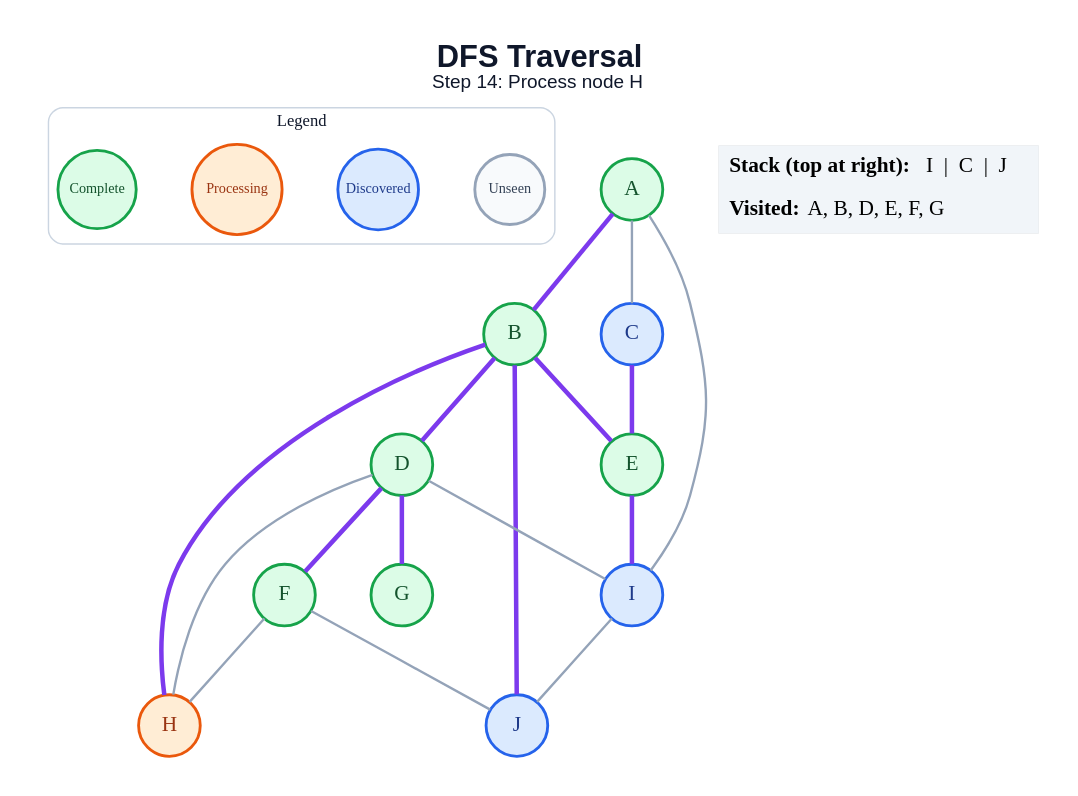
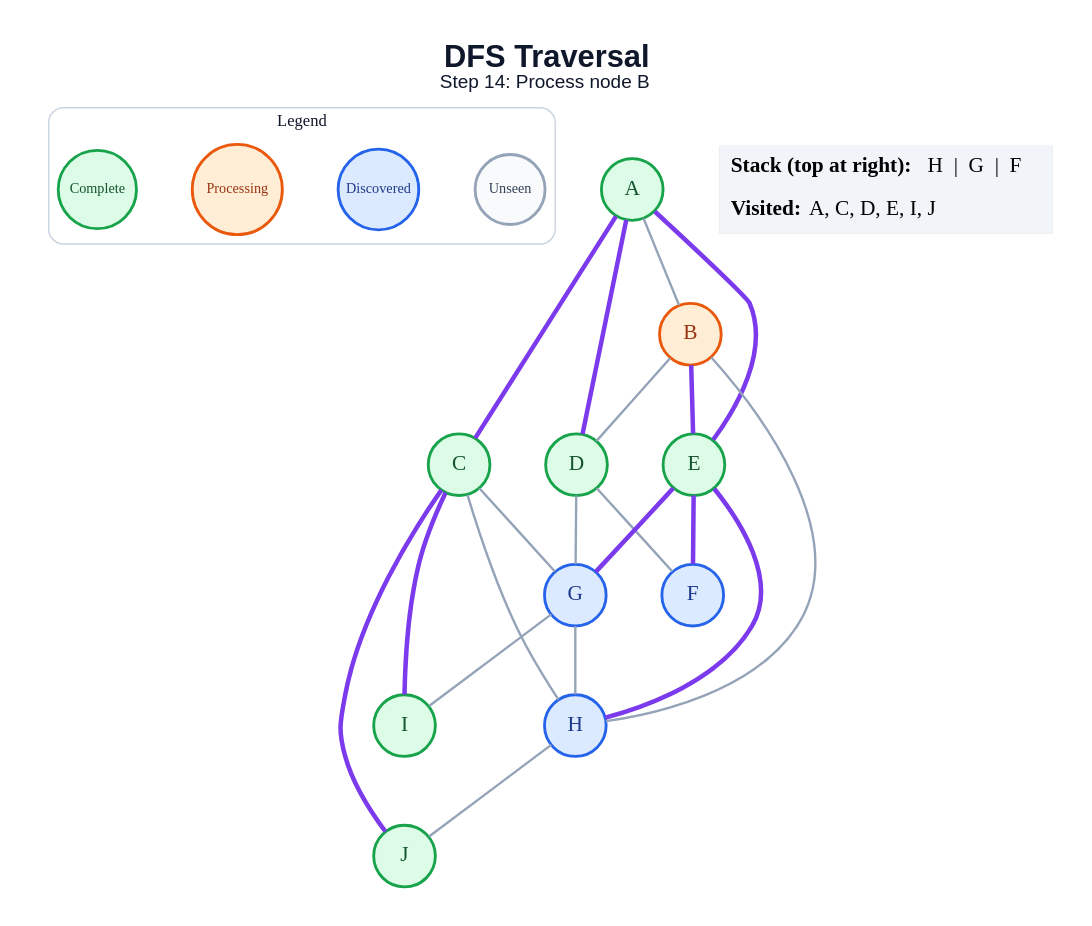
Before and after one commit to amanghodawala9/ai-slop: the diagram in generated/specific-node/dfs/step_14.dot, drawn with Graphviz. The commit also changed 178 other files, not shown here.

```diff
--- a/generated/specific-node/dfs/step_14.dot
+++ b/generated/specific-node/dfs/step_14.dot
@@ -1,45 +1,48 @@
 graph traversal {
   graph [layout=dot, rankdir=TB, bgcolor="#FFFFFF", pad="0.35", nodesep="0.65", ranksep="0.8", fontname="Arial"];
   node [shape=circle, style="filled", fontname="Arial Bold", fontsize=18, width=0.72, fixedsize=true, penwidth=2.4];
   edge [color="#94A3B8", penwidth=2.0];
-  label=<<B>DFS Traversal</B><BR/><FONT POINT-SIZE="16">Step 14: Process node H</FONT>>; labelloc="t"; fontsize=26; fontname="Arial"; fontcolor="#0F172A";
+  label=<<B>DFS Traversal</B><BR/><FONT POINT-SIZE="16">Step 14: Process node B</FONT>>; labelloc="t"; fontsize=26; fontname="Arial"; fontcolor="#0F172A";
   subgraph cluster_legend { label="Legend"; color="#CBD5E1"; penwidth=1.2; style="rounded"; fontsize=14; fontname="Arial Bold";
     key_unseen [label="Unseen", fillcolor="#F8FAFC", color="#94A3B8", fontcolor="#334155", fontsize=12, width=0.82];
     key_frontier [label="Discovered", fillcolor="#DBEAFE", color="#2563EB", fontcolor="#1E3A8A", fontsize=12, width=0.95];
     key_current [label="Processing", fillcolor="#FFEDD5", color="#EA580C", fontcolor="#9A3412", fontsize=12, width=1.05];
     key_done [label="Complete", fillcolor="#DCFCE7", color="#16A34A", fontcolor="#14532D", fontsize=12, width=0.92];
     { rank=same; key_unseen; key_frontier; key_current; key_done; }
   }
   A [fillcolor="#DCFCE7", color="#16A34A", fontcolor="#14532D"];
-  B [fillcolor="#DCFCE7", color="#16A34A", fontcolor="#14532D"];
-  C [fillcolor="#DBEAFE", color="#2563EB", fontcolor="#1E3A8A"];
+  B [fillcolor="#FFEDD5", color="#EA580C", fontcolor="#9A3412"];
+  C [fillcolor="#DCFCE7", color="#16A34A", fontcolor="#14532D"];
   D [fillcolor="#DCFCE7", color="#16A34A", fontcolor="#14532D"];
   E [fillcolor="#DCFCE7", color="#16A34A", fontcolor="#14532D"];
-  F [fillcolor="#DCFCE7", color="#16A34A", fontcolor="#14532D"];
-  G [fillcolor="#DCFCE7", color="#16A34A", fontcolor="#14532D"];
-  H [fillcolor="#FFEDD5", color="#EA580C", fontcolor="#9A3412"];
-  I [fillcolor="#DBEAFE", color="#2563EB", fontcolor="#1E3A8A"];
-  J [fillcolor="#DBEAFE", color="#2563EB", fontcolor="#1E3A8A"];
-  A -- B [color="#7C3AED", penwidth=3.8];
-  A -- C;
-  A -- I;
-  B -- D [color="#7C3AED", penwidth=3.8];
+  F [fillcolor="#DBEAFE", color="#2563EB", fontcolor="#1E3A8A"];
+  G [fillcolor="#DBEAFE", color="#2563EB", fontcolor="#1E3A8A"];
+  H [fillcolor="#DBEAFE", color="#2563EB", fontcolor="#1E3A8A"];
+  I [fillcolor="#DCFCE7", color="#16A34A", fontcolor="#14532D"];
+  J [fillcolor="#DCFCE7", color="#16A34A", fontcolor="#14532D"];
+  A -- B;
+  A -- C [color="#7C3AED", penwidth=3.8];
+  A -- D [color="#7C3AED", penwidth=3.8];
+  A -- E [color="#7C3AED", penwidth=3.8];
+  B -- D;
   B -- E [color="#7C3AED", penwidth=3.8];
-  B -- H [color="#7C3AED", penwidth=3.8];
-  B -- J [color="#7C3AED", penwidth=3.8];
-  C -- E [color="#7C3AED", penwidth=3.8];
-  D -- F [color="#7C3AED", penwidth=3.8];
-  D -- G [color="#7C3AED", penwidth=3.8];
-  D -- H;
-  D -- I;
-  E -- I [color="#7C3AED", penwidth=3.8];
-  F -- H;
-  F -- J;
-  I -- J;
+  B -- H;
+  C -- G;
+  C -- H;
+  C -- I [color="#7C3AED", penwidth=3.8];
+  C -- J [color="#7C3AED", penwidth=3.8];
+  D -- F;
+  D -- G;
+  E -- F [color="#7C3AED", penwidth=3.8];
+  E -- G [color="#7C3AED", penwidth=3.8];
+  E -- H [color="#7C3AED", penwidth=3.8];
+  G -- H;
+  G -- I;
+  H -- J;
   status [shape=plain, fixedsize=false, width=0, height=0, margin=0, label=<
     <TABLE BORDER="0" CELLBORDER="0" CELLPADDING="7" BGCOLOR="#F1F5F9">
-      <TR><TD ALIGN="LEFT"><B>Stack (top at right):</B> I  |  C  |  J</TD></TR>
-      <TR><TD ALIGN="LEFT"><B>Visited:</B> A, B, D, E, F, G</TD></TR>
+      <TR><TD ALIGN="LEFT"><B>Stack (top at right):</B> H  |  G  |  F</TD></TR>
+      <TR><TD ALIGN="LEFT"><B>Visited:</B> A, C, D, E, I, J</TD></TR>
     </TABLE>
   >];
 }
```
